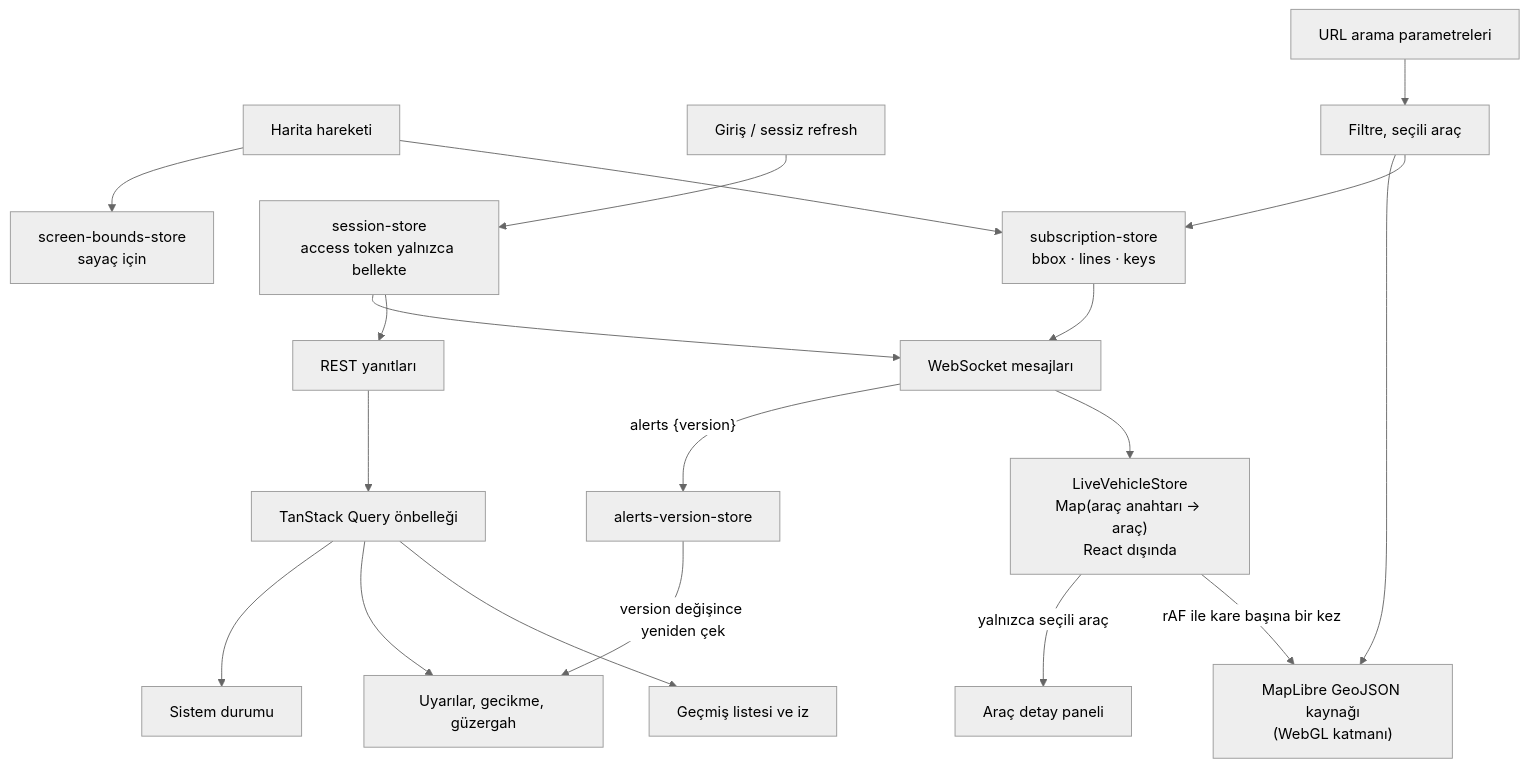
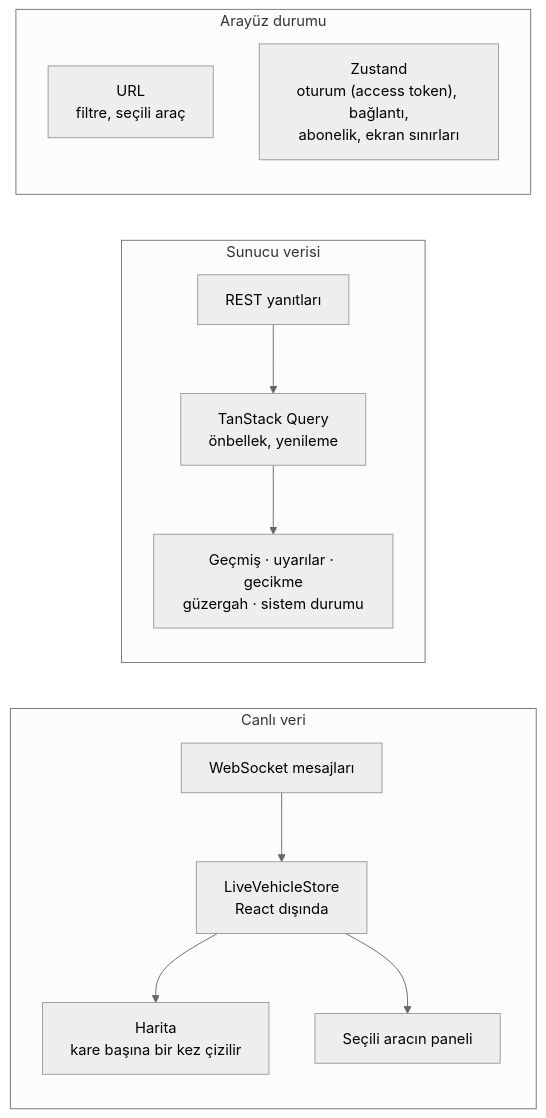
One commit to blisahn/piton-live-vehicle-tracking changed diagram 12 of 12 in docs/architecture.md. Above: the diagram before and after it, drawn with Mermaid (neutral theme). The commit also changed other lines of this file, not shown here.

First line of the commit message:
docs: make the architecture diagrams easier to read

````diff
--- a/docs/architecture.md
+++ b/docs/architecture.md
@@ -359,25 +369,21 @@
 ```mermaid
-flowchart TB
-    WS["WebSocket mesajları"] --> LiveStore["LiveVehicleStore<br/>Map(araç anahtarı → araç)<br/>React dışında"]
-    WS -->|"alerts {version}"| AlertsVersion["alerts-version-store"]
-    LiveStore -->|"rAF ile kare başına bir kez"| MapLayer["MapLibre GeoJSON kaynağı<br/>(WebGL katmanı)"]
-    LiveStore -->|"yalnızca seçili araç"| Panel["Araç detay paneli"]
+flowchart LR
+    subgraph Canli["Canlı veri"]
+        direction TB
+        WS["WebSocket mesajları"] --> LS["LiveVehicleStore<br/>React dışında"]
+        LS --> MapL["Harita<br/>kare başına bir kez çizilir"]
+        LS --> Panel["Seçili aracın paneli"]
+    end
 
-    REST["REST yanıtları"] --> TQ["TanStack Query önbelleği"]
-    TQ --> History["Geçmiş listesi ve iz"]
-    TQ --> Alerts["Uyarılar, gecikme, güzergah"]
-    TQ --> Status["Sistem durumu"]
-    AlertsVersion -->|"version değişince yeniden çek"| Alerts
+    subgraph Sunucu["Sunucu verisi"]
+        direction TB
+        REST["REST yanıtları"] --> TQ["TanStack Query<br/>önbellek, yenileme"]
+        TQ --> Ekranlar["Geçmiş · uyarılar · gecikme<br/>güzergah · sistem durumu"]
+    end
 
-    MapMove["Harita hareketi"] --> Sub["subscription-store<br/>bbox · lines · keys"]
-    MapMove --> Screen["screen-bounds-store<br/>sayaç için"]
-    Sub --> WS
-
-    Login["Giriş / sessiz refresh"] --> Sess["session-store<br/>access token yalnızca bellekte"]
-    Sess --> REST
-    Sess --> WS
-
-    URL["URL arama parametreleri"] --> Filter["Filtre, seçili araç"]
-    Filter --> Sub
-    Filter --> MapLayer
+    subgraph Arayuz["Arayüz durumu"]
+        direction TB
+        URL["URL<br/>filtre, seçili araç"]
+        Zs["Zustand<br/>oturum (access token), bağlantı,<br/>abonelik, ekran sınırları"]
+    end
 ```
````
